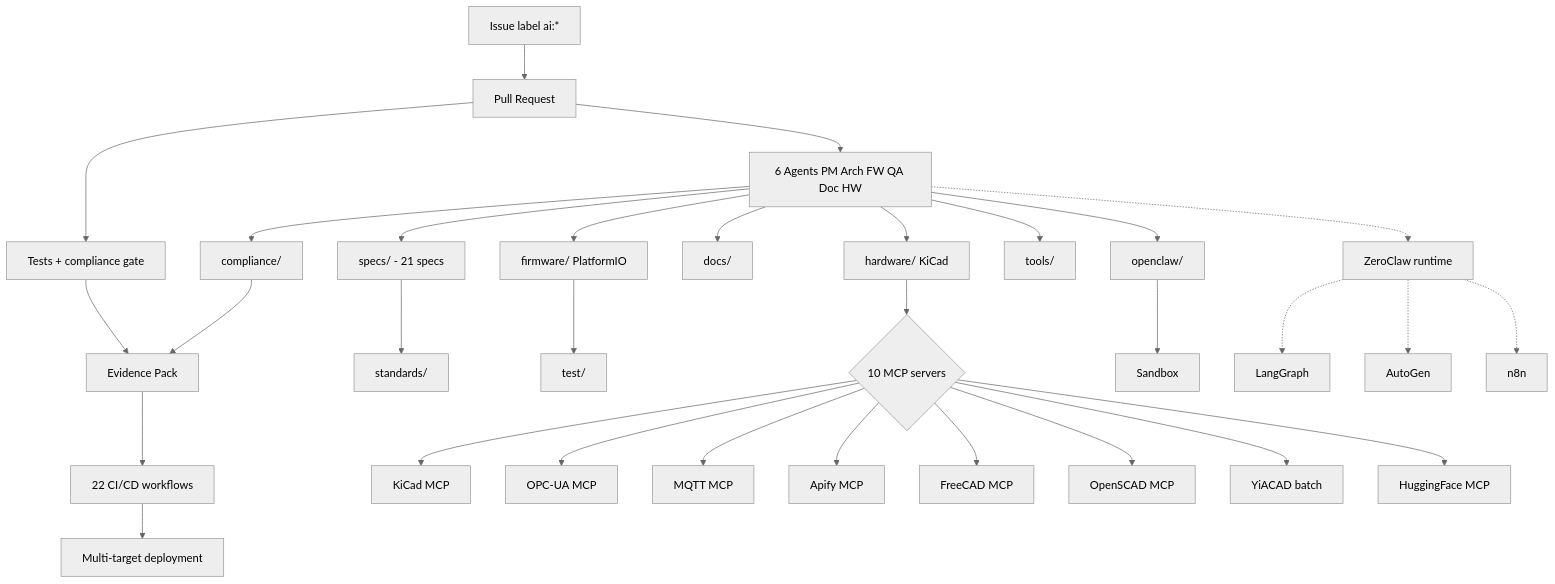
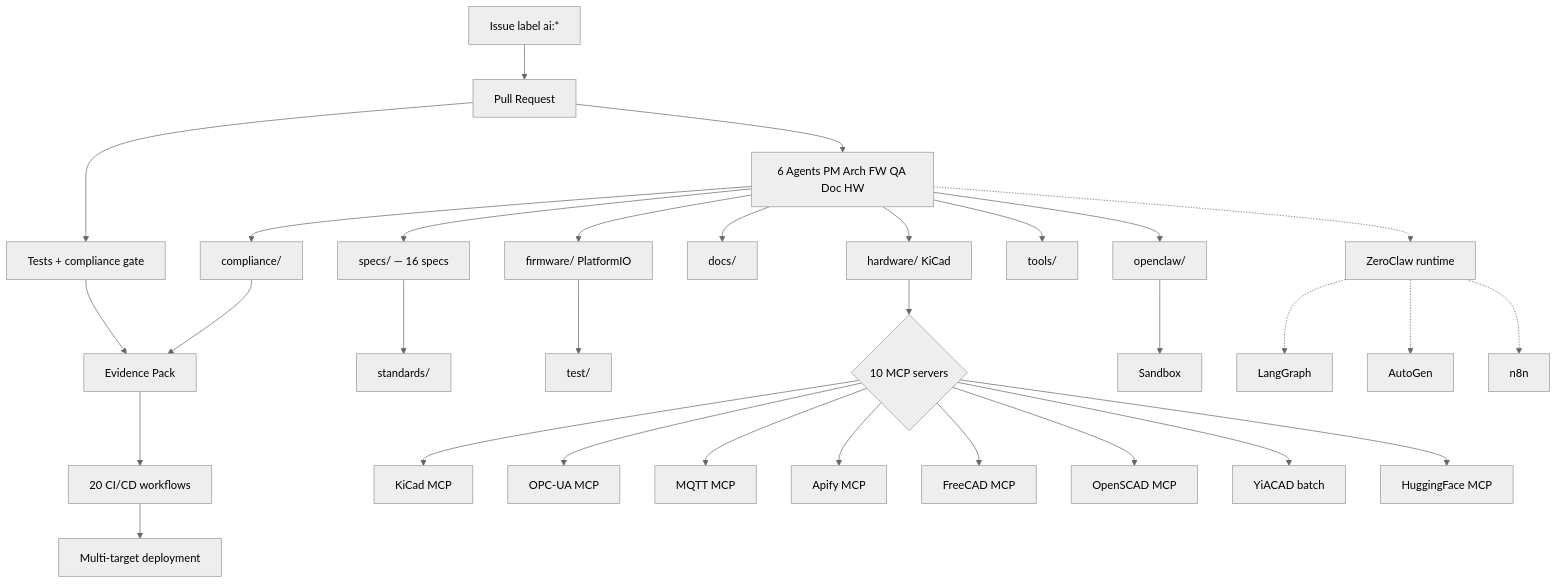
One commit to electron-rare/Kill_LIFE changed the diagram in README.md. Above: the diagram before and after it, drawn with Mermaid (neutral theme). The commit also changed other lines of this file and 1 other file, not shown here.

````diff
--- a/README.md
+++ b/README.md
@@ -126,33 +126,33 @@
 ```mermaid
 flowchart TD
   Issue[Issue label ai:*] --> PR[Pull Request]
   PR --> Gate[Tests + compliance gate]
   Gate --> Evidence[Evidence Pack]
-  Evidence --> CI[22 CI/CD workflows]
+  Evidence --> CI[20 CI/CD workflows]
   CI --> Deploy[Multi-target deployment]
   PR --> Agents[6 Agents PM Arch FW QA Doc HW]
-  Agents --> Specs[specs/ - 21 specs]
+  Agents --> Specs[specs/ — 16 specs]
   Agents --> Firmware[firmware/ PlatformIO]
   Agents --> Hardware[hardware/ KiCad]
   Agents --> Docs[docs/]
   Agents --> Compliance[compliance/]
   Agents --> Tools[tools/]
   Agents --> OpenClaw[openclaw/]
   Specs --> Standards[standards/]
   Firmware --> Tests[test/]
   Hardware --> MCP{10 MCP servers}
   MCP --> KiCad[KiCad MCP]
   MCP --> OPC[OPC-UA MCP]
   MCP --> MQTT[MQTT MCP]
   MCP --> Apify[Apify MCP]
   MCP --> FreeCAD[FreeCAD MCP]
   MCP --> OpenSCAD[OpenSCAD MCP]
   MCP --> YiACAD[YiACAD batch]
   MCP --> HF[HuggingFace MCP]
   Compliance --> Evidence
   OpenClaw --> Sandbox[Sandbox]
   Agents -.-> ZeroClaw[ZeroClaw runtime]
   ZeroClaw -.-> LangGraph[LangGraph]
   ZeroClaw -.-> AutoGen[AutoGen]
   ZeroClaw -.-> N8N[n8n]
 ```
````
